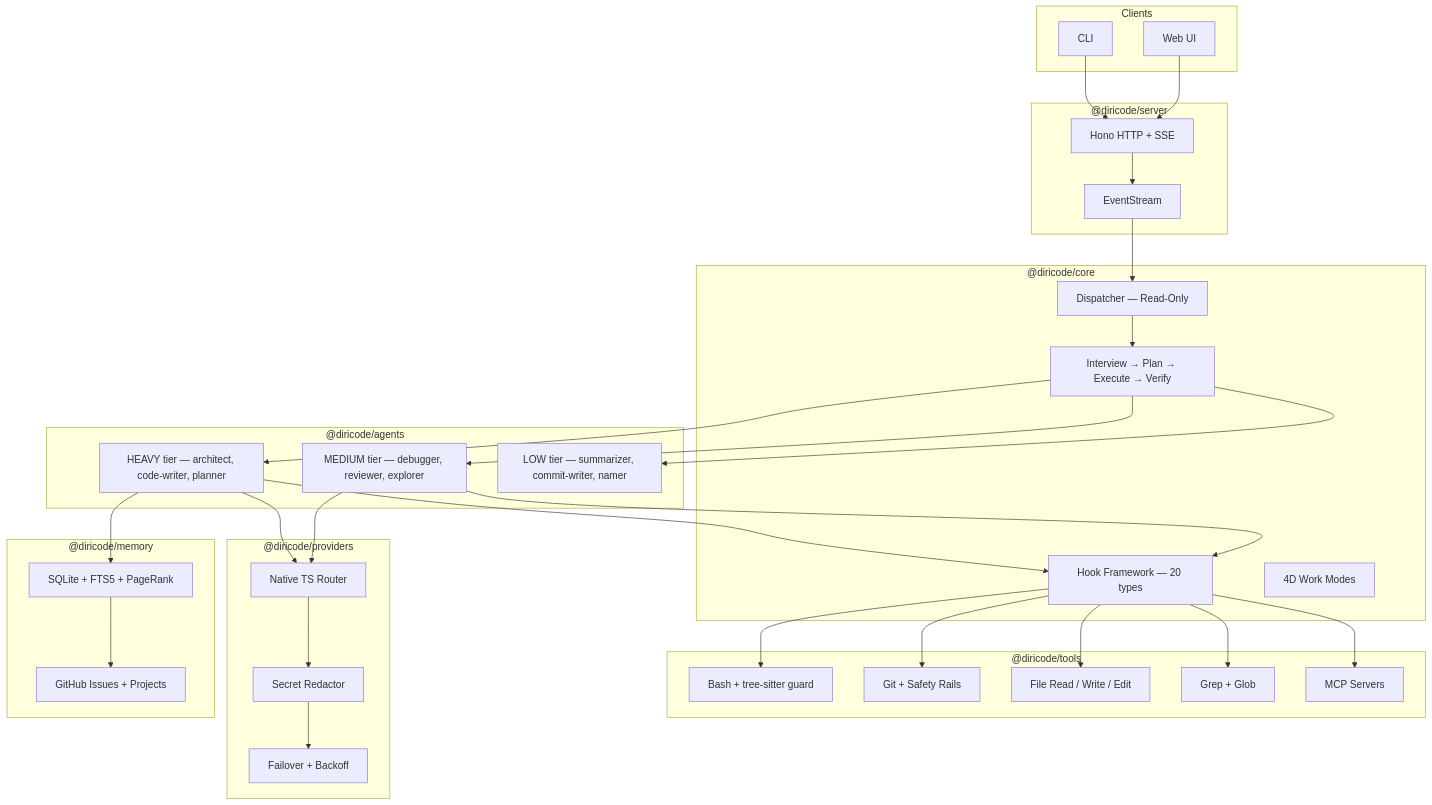
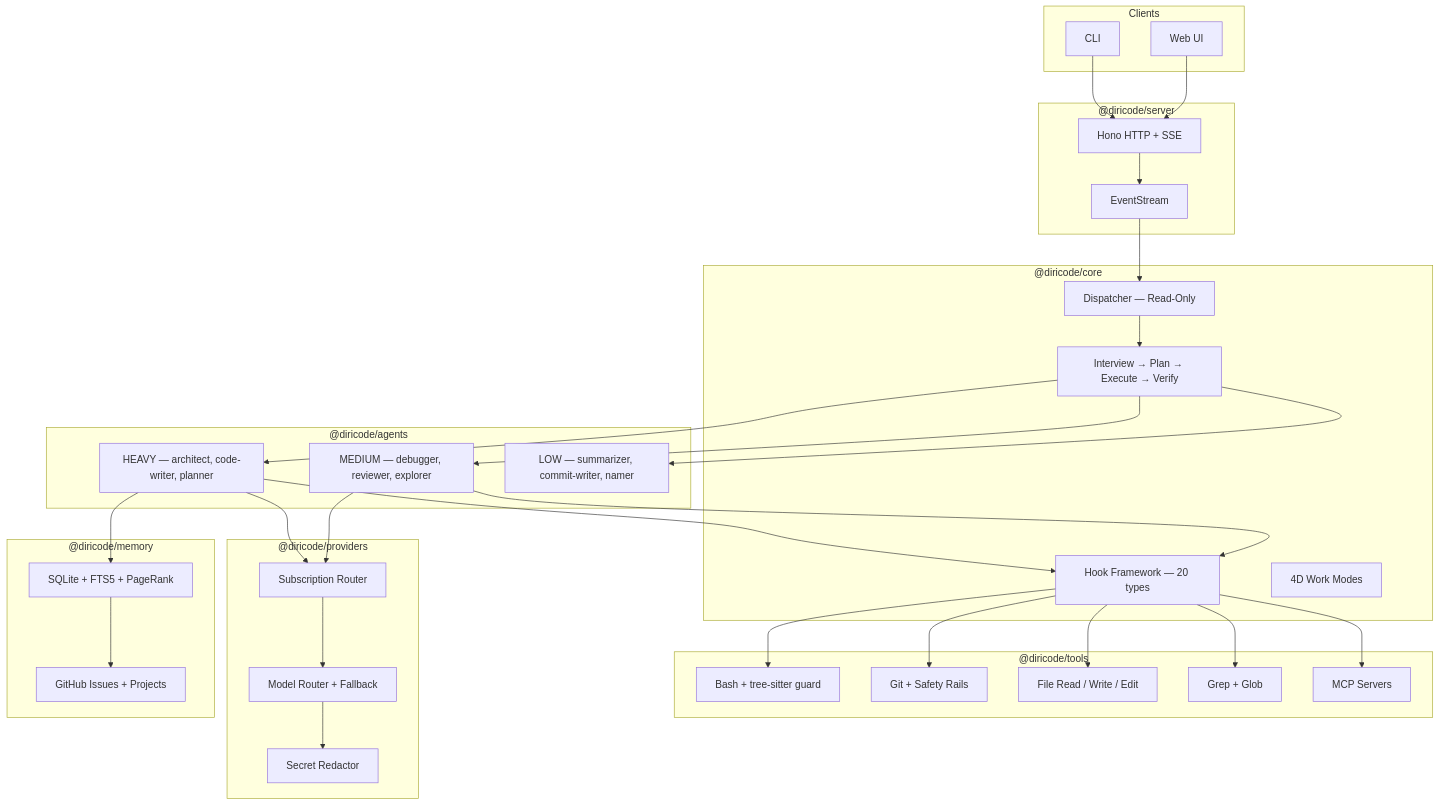
Before and after one commit to radoxtech/diricode: the diagram in README.md, drawn with Mermaid. The commit also changed other lines of this file and 6 other files, not shown here.

First line of the commit message:
docs: add ADR-042 multi-subscription management, rewrite README v3 with full vision, update model references

````diff
--- a/README.md
+++ b/README.md
@@ -24,66 +125,66 @@
 ```mermaid
 graph TD
     subgraph "Clients"
         CLI[CLI]
         Web[Web UI]
     end
 
     subgraph "@diricode/server"
         Hono[Hono HTTP + SSE]
         Events[EventStream]
     end
 
     subgraph "@diricode/core"
         Dispatcher[Dispatcher — Read-Only]
         Pipeline[Interview → Plan → Execute → Verify]
         Hooks[Hook Framework — 20 types]
         WorkMode[4D Work Modes]
     end
 
     subgraph "@diricode/agents"
-        Heavy[HEAVY tier — architect, code-writer, planner]
-        Medium[MEDIUM tier — debugger, reviewer, explorer]
-        Low[LOW tier — summarizer, commit-writer, namer]
+        Heavy[HEAVY — architect, code-writer, planner]
+        Medium[MEDIUM — debugger, reviewer, explorer]
+        Low[LOW — summarizer, commit-writer, namer]
     end
 
     subgraph "@diricode/tools"
         Bash[Bash + tree-sitter guard]
         Git[Git + Safety Rails]
         Files[File Read / Write / Edit]
         Search[Grep + Glob]
         MCP[MCP Servers]
     end
 
     subgraph "@diricode/providers"
-        Router[Native TS Router]
+        SubRouter[Subscription Router]
+        Router[Model Router + Fallback]
         Redactor[Secret Redactor]
-        Failover[Failover + Backoff]
     end
 
     subgraph "@diricode/memory"
         GH[GitHub Issues + Projects]
         SQLite[SQLite + FTS5 + PageRank]
     end
 
     CLI --> Hono
     Web --> Hono
     Hono --> Events
     Events --> Dispatcher
     Dispatcher --> Pipeline
     Pipeline --> Heavy
     Pipeline --> Medium
     Pipeline --> Low
     Heavy --> Hooks
     Medium --> Hooks
     Hooks --> Bash
     Hooks --> Git
     Hooks --> Files
     Hooks --> Search
     Hooks --> MCP
-    Heavy --> Router
-    Medium --> Router
+    Heavy --> SubRouter
+    Medium --> SubRouter
+    SubRouter --> Router
     Router --> Redactor
-    Redactor --> Failover
     Heavy --> SQLite
     SQLite --> GH
 ```
````
